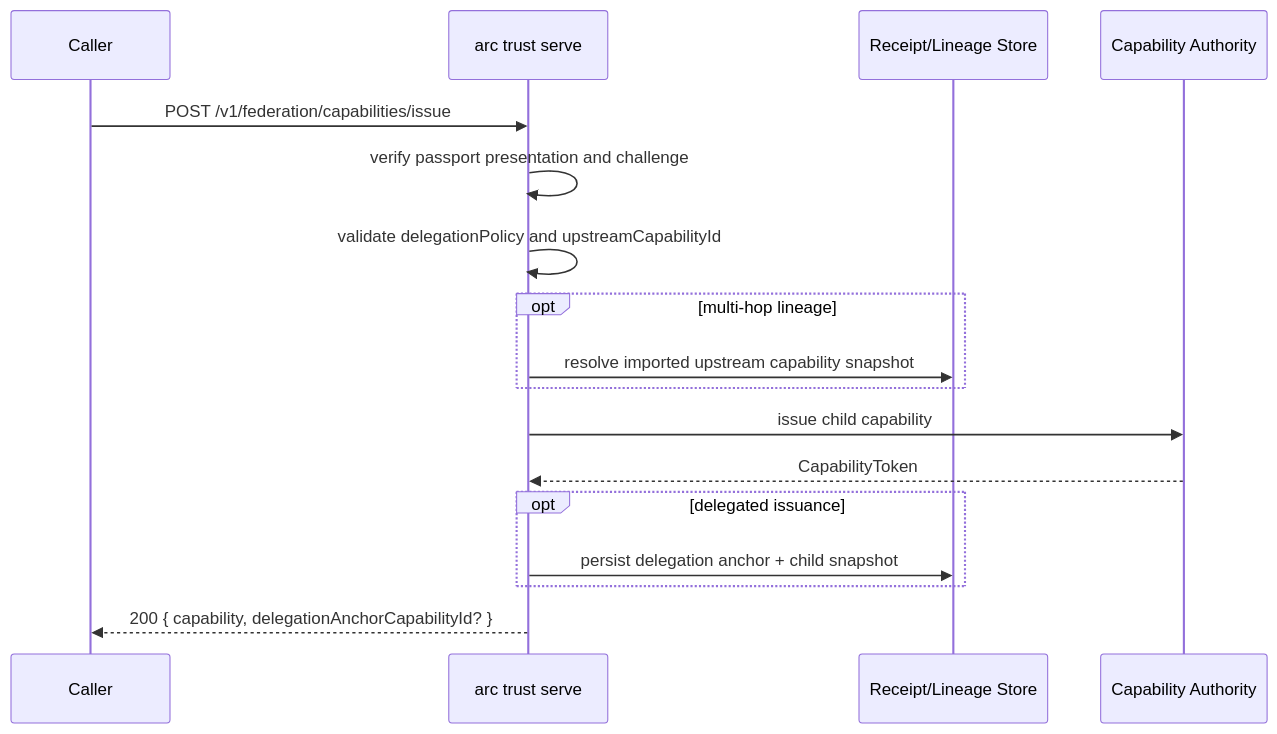
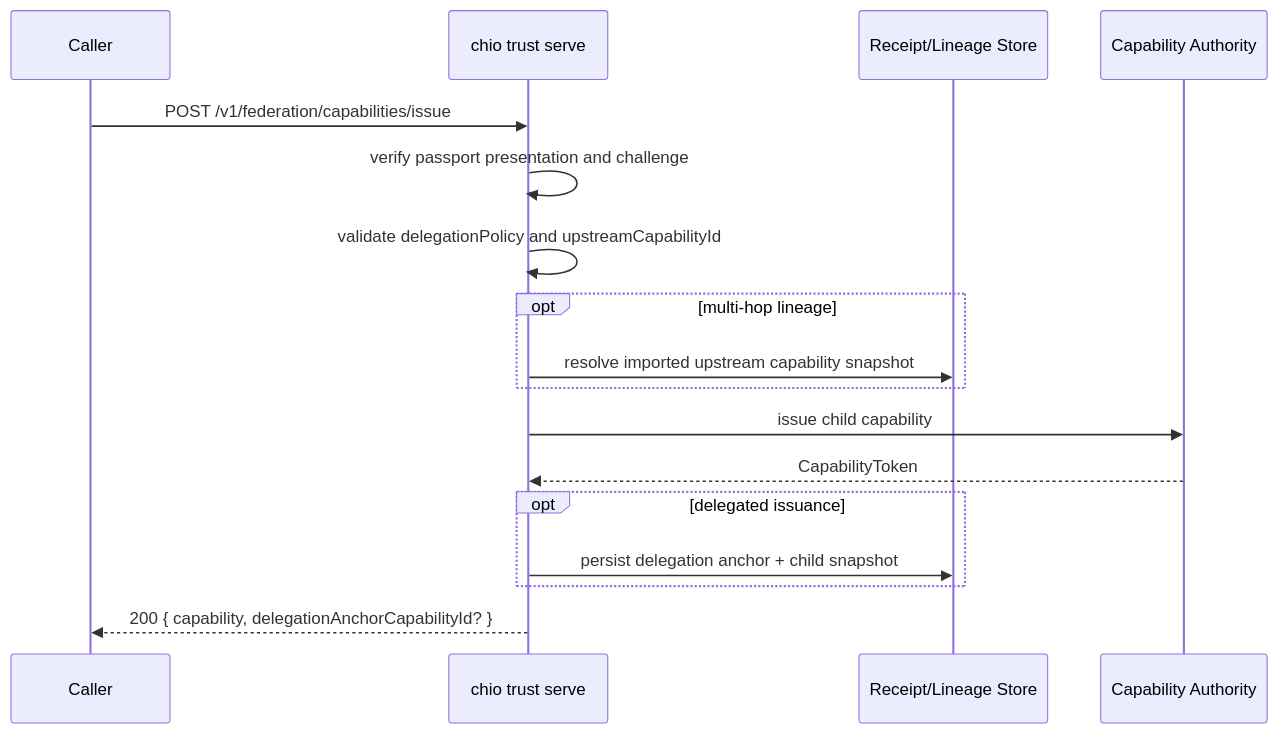
Before and after one commit to bb-connor/arc: the third of 6 diagrams in spec/WIRE_PROTOCOL.md, drawn with Mermaid. The commit also changed other lines of this file and 12 other files, not shown here.

````diff
--- a/spec/WIRE_PROTOCOL.md
+++ b/spec/WIRE_PROTOCOL.md
@@ -484,20 +484,20 @@
 ```mermaid
 sequenceDiagram
     participant Caller
-    participant Trust as arc trust serve
+    participant Trust as chio trust serve
     participant Store as Receipt/Lineage Store
     participant Authority as Capability Authority
 
     Caller->>Trust: POST /v1/federation/capabilities/issue
     Trust->>Trust: verify passport presentation and challenge
     Trust->>Trust: validate delegationPolicy and upstreamCapabilityId
     opt multi-hop lineage
         Trust->>Store: resolve imported upstream capability snapshot
     end
     Trust->>Authority: issue child capability
     Authority-->>Trust: CapabilityToken
     opt delegated issuance
         Trust->>Store: persist delegation anchor + child snapshot
     end
     Trust-->>Caller: 200 { capability, delegationAnchorCapabilityId? }
 ```
````
